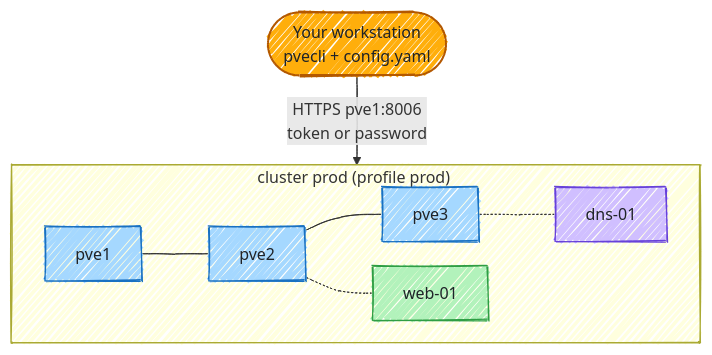
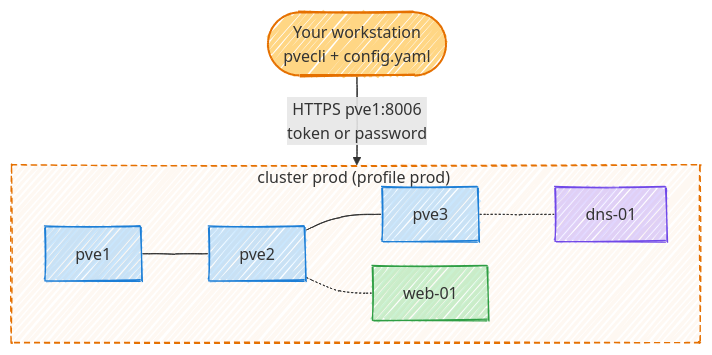
One commit to Helphyy/pvecli changed the diagram in docs/start/index.md. Above: the diagram before and after it, drawn with Mermaid. The commit also changed 7 other files, not shown here.

````diff
--- a/docs/start/index.md
+++ b/docs/start/index.md
@@ -15,24 +15,26 @@
 ```mermaid
 ---
 config:
   look: handDrawn
   flowchart:
     curve: basis
     nodeSpacing: 22
     rankSpacing: 40
 ---
 flowchart TB
   you(["Your workstation<br/>pvecli + config.yaml"]):::pv
   you -- "HTTPS pve1:8006<br/>token or password" --> prod
   subgraph prod ["cluster prod (profile prod)#nbsp;"]
     direction LR
     p1["pve1"]:::host --- p2["pve2"]:::host --- p3["pve3"]:::host
     p2 -.- vm1["web-01"]:::vm
     p3 -.- ct1["dns-01"]:::ct
   end
 
-  classDef pv fill:#ffae0b,stroke:#b35800,color:#1f2328,stroke-width:2px
-  classDef host fill:#a5d8ff,stroke:#1971c2,color:#1f2328
-  classDef vm fill:#b2f2bb,stroke:#2f9e44,color:#1f2328
-  classDef ct fill:#d0bfff,stroke:#6741d9,color:#1f2328
+  classDef pv fill:#ffae0b80,stroke:#e57000,stroke-width:2px
+  classDef host fill:#4dabf74d,stroke:#1c7ed6
+  classDef vm fill:#51cf664d,stroke:#2f9e44
+  classDef ct fill:#9775fa4d,stroke:#7048e8
+  classDef zone fill:#e570000d,stroke:#e57000,stroke-dasharray:6 4
+  class prod zone
 ```
````
